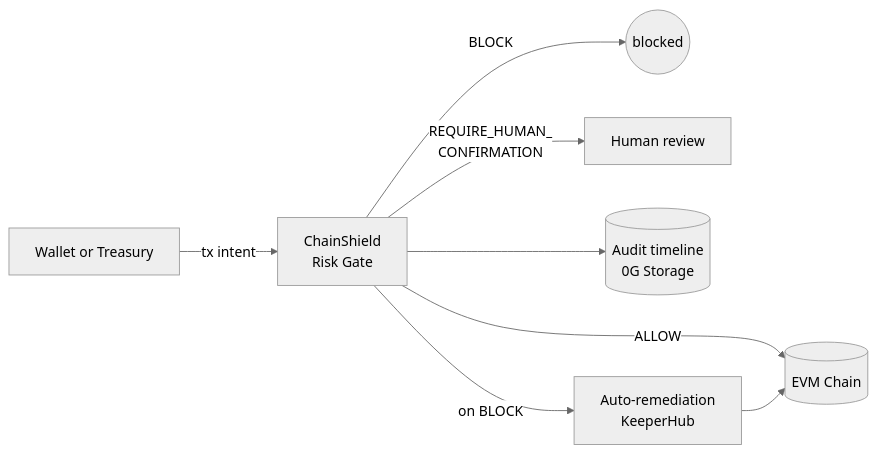
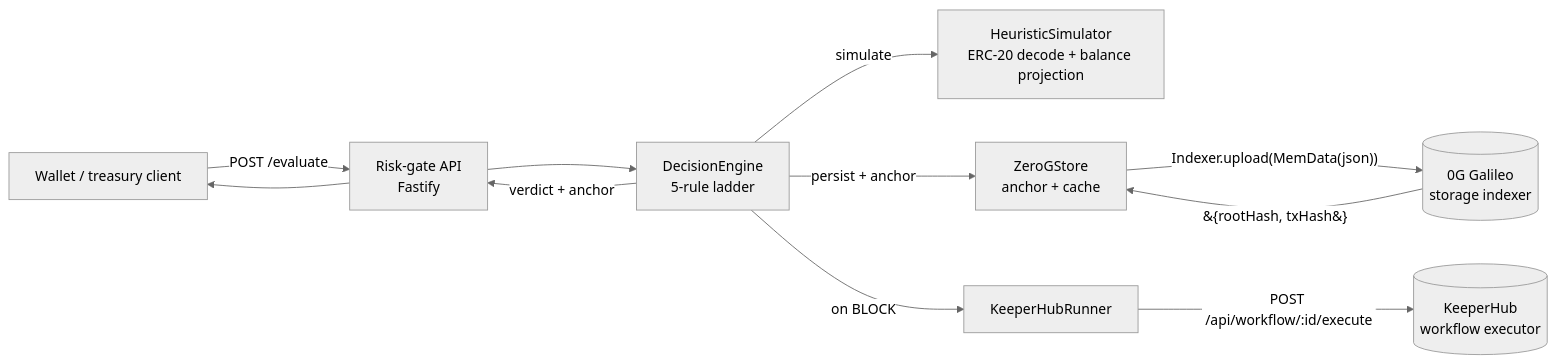
One commit to AnkanMisra/ChainShield changed the diagram in README.md. Above: the diagram before and after it, drawn with Mermaid (neutral theme). The commit also changed other lines of this file, not shown here.

````diff
--- a/README.md
+++ b/README.md
@@ -11,10 +43,22 @@
 ```mermaid
 flowchart LR
-    Wallet[Wallet or Treasury] -->|tx intent| Gate[ChainShield<br/>Risk Gate]
-    Gate -->|ALLOW| Chain[(EVM Chain)]
-    Gate -->|BLOCK| Stop((blocked))
-    Gate -->|REQUIRE_HUMAN_<br/>CONFIRMATION| Human[Human review]
-    Gate --> Timeline[(Audit timeline<br/>0G Storage)]
-    Gate -->|on BLOCK| Playbook[Auto-remediation<br/>KeeperHub]
-    Playbook --> Chain
+    Caller[Wallet / treasury client]
+    API[Risk-gate API<br/>Fastify]
+    Engine[DecisionEngine<br/>5-rule ladder]
+    Sim[HeuristicSimulator<br/>ERC-20 decode + balance projection]
+    Store[ZeroGStore<br/>anchor + cache]
+    Playbook[KeeperHubRunner]
+    ZG[(0G Galileo<br/>storage indexer)]
+    KH[(KeeperHub<br/>workflow executor)]
+
+    Caller -->|POST /evaluate| API
+    API --> Engine
+    Engine -->|simulate| Sim
+    Engine -->|persist + anchor| Store
+    Store -->|"Indexer.upload(MemData(json))"| ZG
+    ZG -->|"&#123;rootHash, txHash&#125;"| Store
+    Engine -->|on BLOCK| Playbook
+    Playbook -->|"POST /api/workflow/:id/execute"| KH
+    Engine -->|verdict + anchor| API
+    API --> Caller
 ```
````
